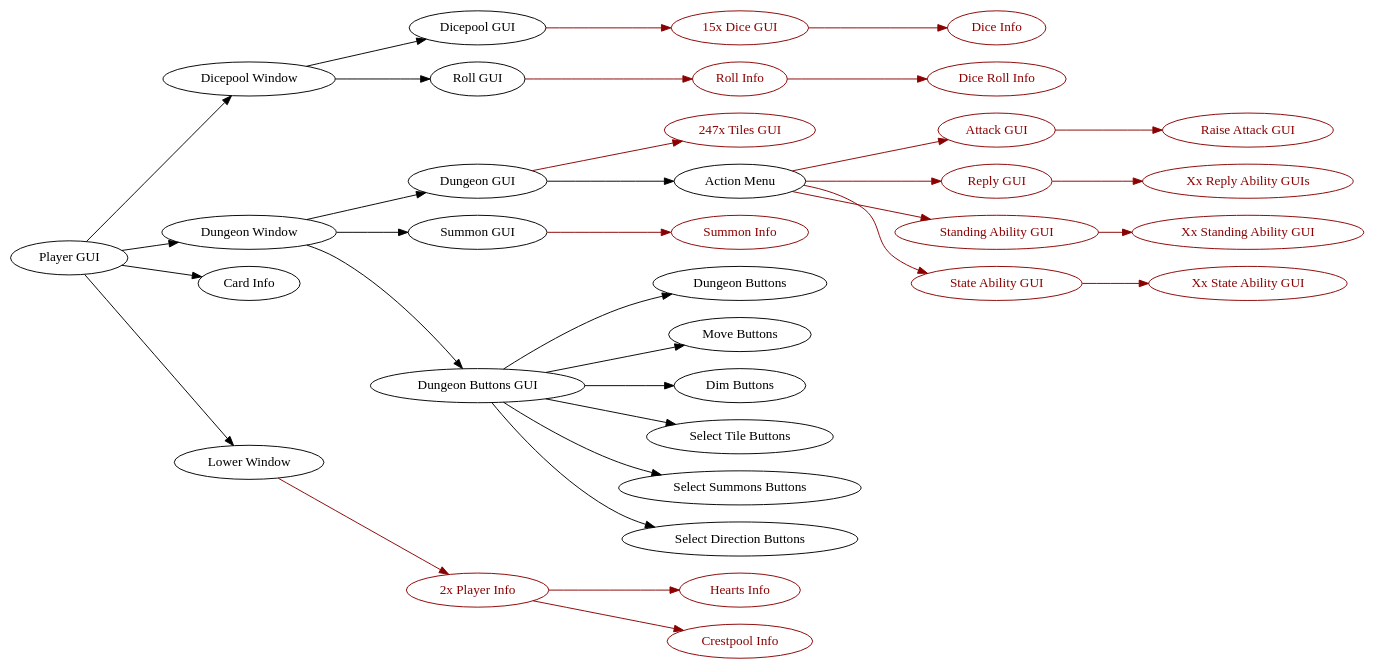
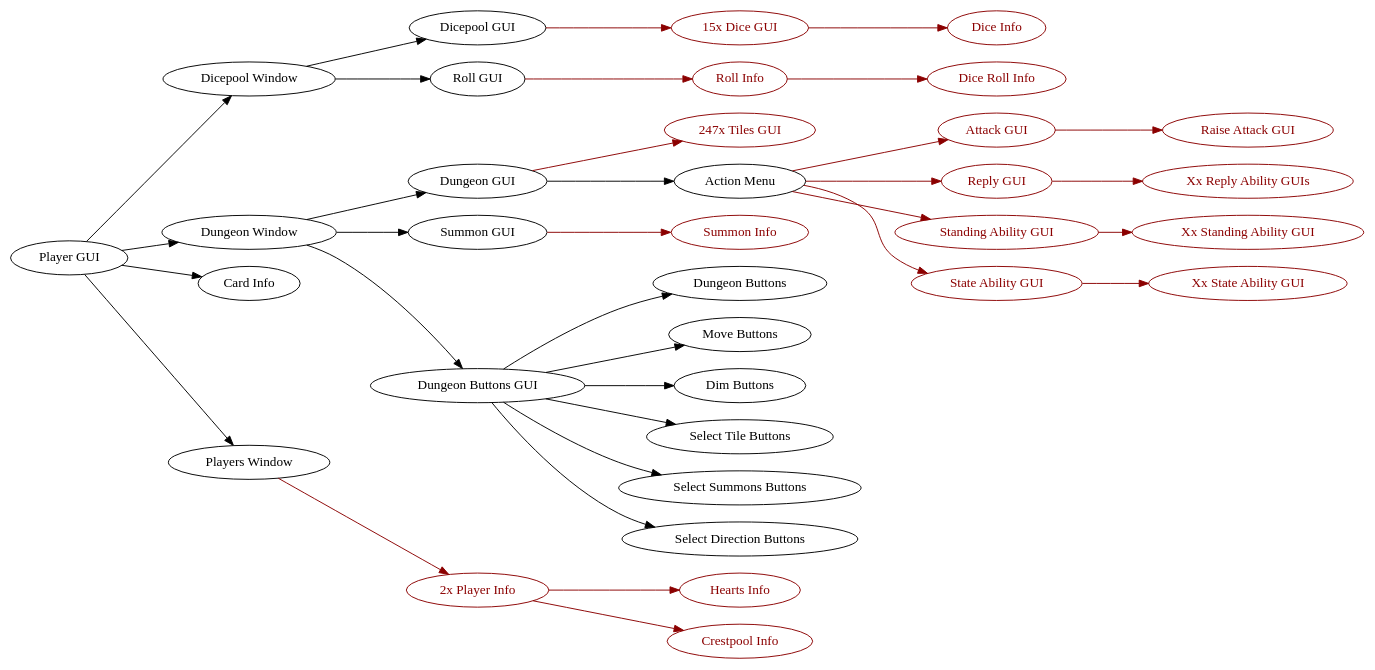
One commit to francocurotto/DDMre changed the diagram in docs/diagrams/player_gui.dot. Above: the diagram before and after it, drawn with Graphviz. The commit also changed 19 other files, not shown here.

Commit message:
change lower_window -> players_window

```diff
--- a/docs/diagrams/player_gui.dot
+++ b/docs/diagrams/player_gui.dot
@@ -1,22 +1,22 @@
 digraph player_gui {
     rankdir=LR
-    "Player GUI" -> {"Dicepool Window", "Dungeon Window", "Card Info", "Lower Window"}
+    "Player GUI" -> {"Dicepool Window", "Dungeon Window", "Card Info", "Players Window"}
     "Dicepool Window" -> {"Dicepool GUI", "Roll GUI"}
     "Dicepool GUI" -> {"15x Dice GUI"[color=darkred, fontcolor=darkred]} [color=darkred]
     "15x Dice GUI" -> {"Dice Info"[color=darkred, fontcolor=darkred]} [color=darkred]
     "Roll GUI" -> {"Roll Info"[color=darkred, fontcolor=darkred]} [color=darkred]
     "Roll Info" -> {"Dice Roll Info"[color=darkred, fontcolor=darkred]} [color=darkred]
     "Dungeon Window" -> {"Dungeon GUI", "Summon GUI", "Dungeon Buttons GUI"}
     "Dungeon GUI" -> {"247x Tiles GUI" [color=darkred, fontcolor=darkred]} [color=darkred]
     "Dungeon GUI" -> "Action Menu"
     "Action Menu" -> {"Attack GUI", "Reply GUI", "Standing Ability GUI", "State Ability GUI" [color=darkred, fontcolor=darkred]} [color=darkred]
     "Attack GUI" -> {"Raise Attack GUI"[color=darkred, fontcolor=darkred]} [color=darkred]
     "Reply GUI" -> {"Xx Reply Ability GUIs"[color=darkred, fontcolor=darkred]} [color=darkred]
     "Standing Ability GUI" -> {"Xx Standing Ability GUI" [color=darkred, fontcolor=darkred]} [color=darkred]
     "State Ability GUI" -> {"Xx State Ability GUI" [color=darkred, fontcolor=darkred]} [color=darkred]
     "Summon GUI" -> {"Summon Info"[color=darkred, fontcolor=darkred]} [color=darkred]
     "Dungeon Buttons GUI" -> {"Dungeon Buttons", "Move Buttons", "Dim Buttons", "Select Tile Buttons", "Select Summons Buttons", "Select Direction Buttons"}
-    "Lower Window" -> {"2x Player Info"[color=darkred, fontcolor=darkred]} [color=darkred]
+    "Players Window" -> {"2x Player Info"[color=darkred, fontcolor=darkred]} [color=darkred]
     "2x Player Info" -> {"Hearts Info"[color=darkred, fontcolor=darkred]} [color=darkred] 
     "2x Player Info" -> {"Crestpool Info"[color=darkred, fontcolor=darkred]} [color=darkred]
 }
```
